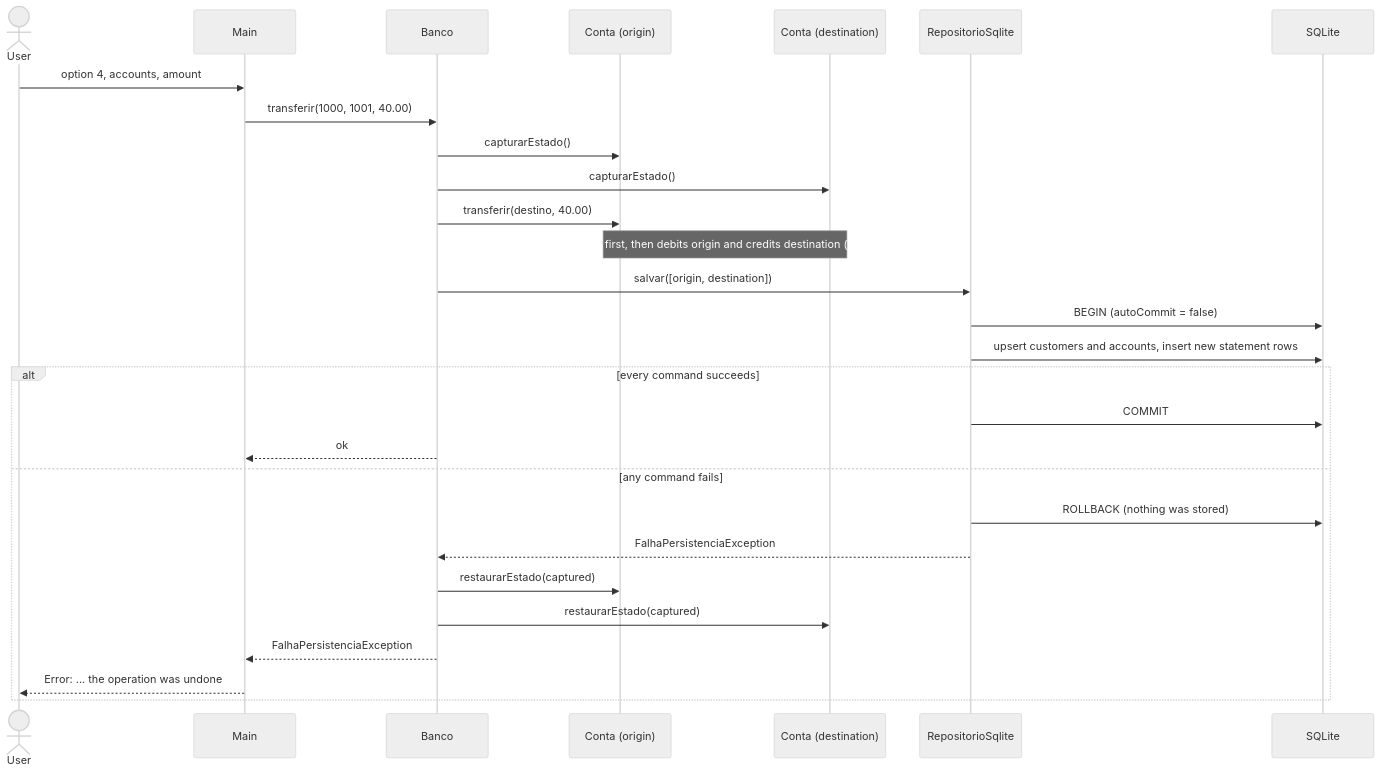
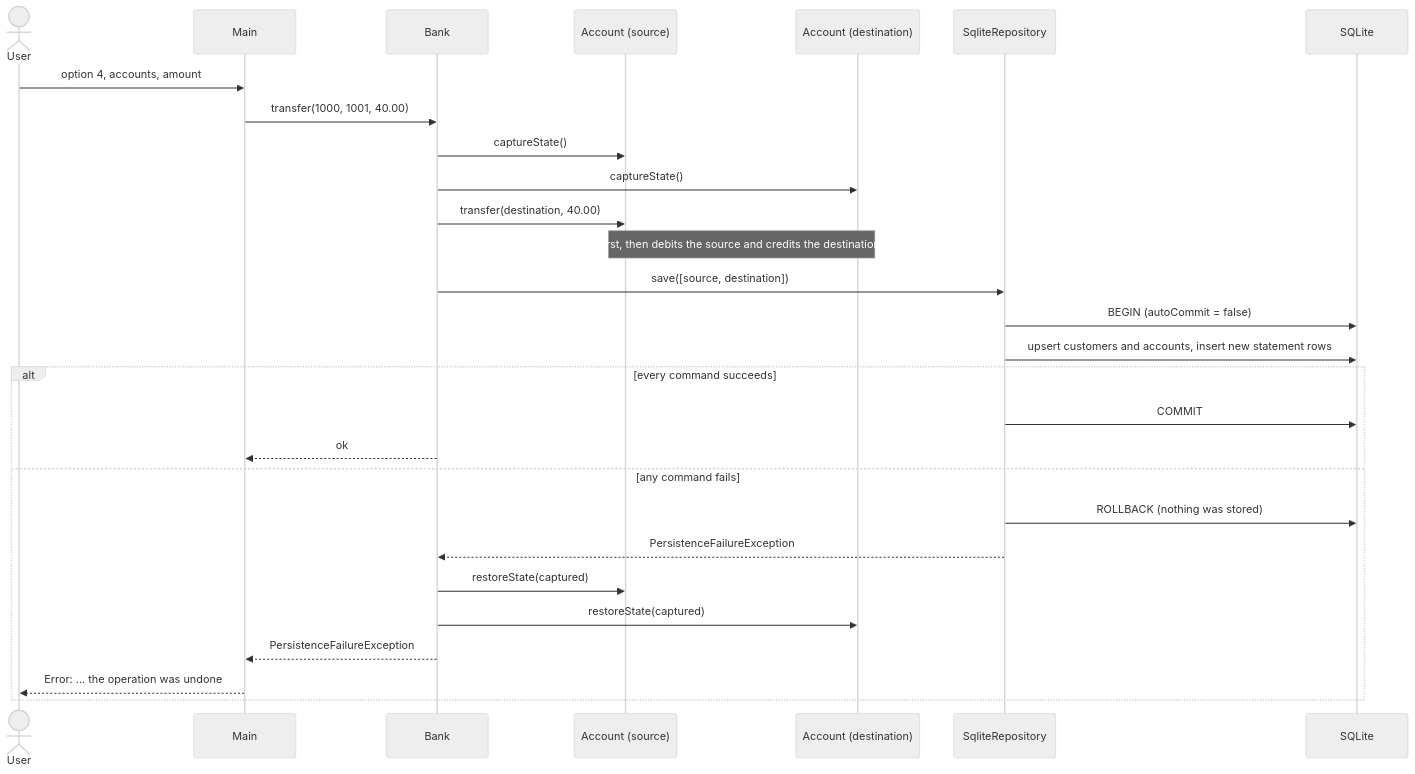
The third of 3 diagrams in docs/ARCHITECTURE.md (Amandadamata/sistema-bancario-java), drawn with Mermaid (neutral theme) before and after one commit. The commit also changed other lines of this file and 100 other files, not shown here.

````diff
--- a/docs/ARCHITECTURE.md
+++ b/docs/ARCHITECTURE.md
@@ -137,31 +141,31 @@
 ```mermaid
 sequenceDiagram
     actor User
     participant Main
-    participant Banco
-    participant Origem as Conta (origin)
-    participant Destino as Conta (destination)
-    participant Repo as RepositorioSqlite
+    participant Bank
+    participant Source as Account (source)
+    participant Destination as Account (destination)
+    participant Repo as SqliteRepository
     participant DB as SQLite
 
     User->>Main: option 4, accounts, amount
-    Main->>Banco: transferir(1000, 1001, 40.00)
-    Banco->>Origem: capturarEstado()
-    Banco->>Destino: capturarEstado()
-    Banco->>Origem: transferir(destino, 40.00)
-    Note over Origem,Destino: validates first, then debits origin and credits destination (memory)
-    Banco->>Repo: salvar([origin, destination])
+    Main->>Bank: transfer(1000, 1001, 40.00)
+    Bank->>Source: captureState()
+    Bank->>Destination: captureState()
+    Bank->>Source: transfer(destination, 40.00)
+    Note over Source,Destination: validates first, then debits the source and credits the destination (memory)
+    Bank->>Repo: save([source, destination])
     Repo->>DB: BEGIN (autoCommit = false)
     Repo->>DB: upsert customers and accounts, insert new statement rows
     alt every command succeeds
         Repo->>DB: COMMIT
-        Banco-->>Main: ok
+        Bank-->>Main: ok
     else any command fails
         Repo->>DB: ROLLBACK (nothing was stored)
-        Repo-->>Banco: FalhaPersistenciaException
-        Banco->>Origem: restaurarEstado(captured)
-        Banco->>Destino: restaurarEstado(captured)
-        Banco-->>Main: FalhaPersistenciaException
+        Repo-->>Bank: PersistenceFailureException
+        Bank->>Source: restoreState(captured)
+        Bank->>Destination: restoreState(captured)
+        Bank-->>Main: PersistenceFailureException
         Main-->>User: Error: ... the operation was undone
     end
 ```
````
